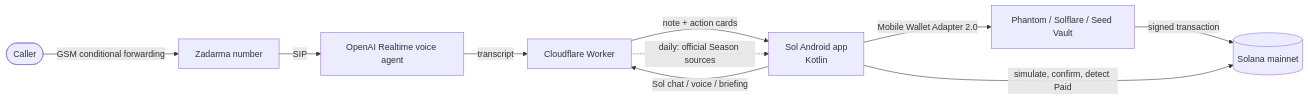
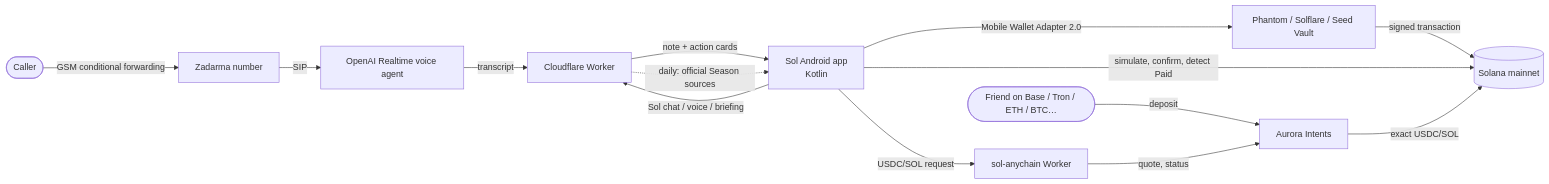
Before and after one commit to Solar-DePIN-Hub/solarchik-assistant: the diagram in README.md, drawn with Mermaid. The commit also changed other lines of this file and 16 other files, not shown here.

First line of the commit message:
Pay from any chain: Aurora Intents for Circle requests (Encode Solana Hackathon)

````diff
--- a/README.md
+++ b/README.md
@@ -39,12 +40,16 @@
 ```mermaid
 flowchart LR
     caller([Caller]) -->|GSM conditional forwarding| zad[Zadarma number]
     zad -->|SIP| rt[OpenAI Realtime voice agent]
     rt -->|transcript| wk[Cloudflare Worker]
     wk -->|note + action cards| app[Sol Android app<br/>Kotlin]
     wk -.->|daily: official Season sources| app
     app -->|Mobile Wallet Adapter 2.0| wallet[Phantom / Solflare / Seed Vault]
     wallet -->|signed transaction| sol[(Solana mainnet)]
     app -->|simulate, confirm, detect Paid| sol
     app -->|Sol chat / voice / briefing| wk
+    app -->|USDC/SOL request| any[sol-anychain Worker]
+    friend([Friend on Base / Tron / ETH / BTC…]) -->|deposit| aur[Aurora Intents]
+    any -->|quote, status| aur
+    aur -->|exact USDC/SOL| sol
 ```
````
